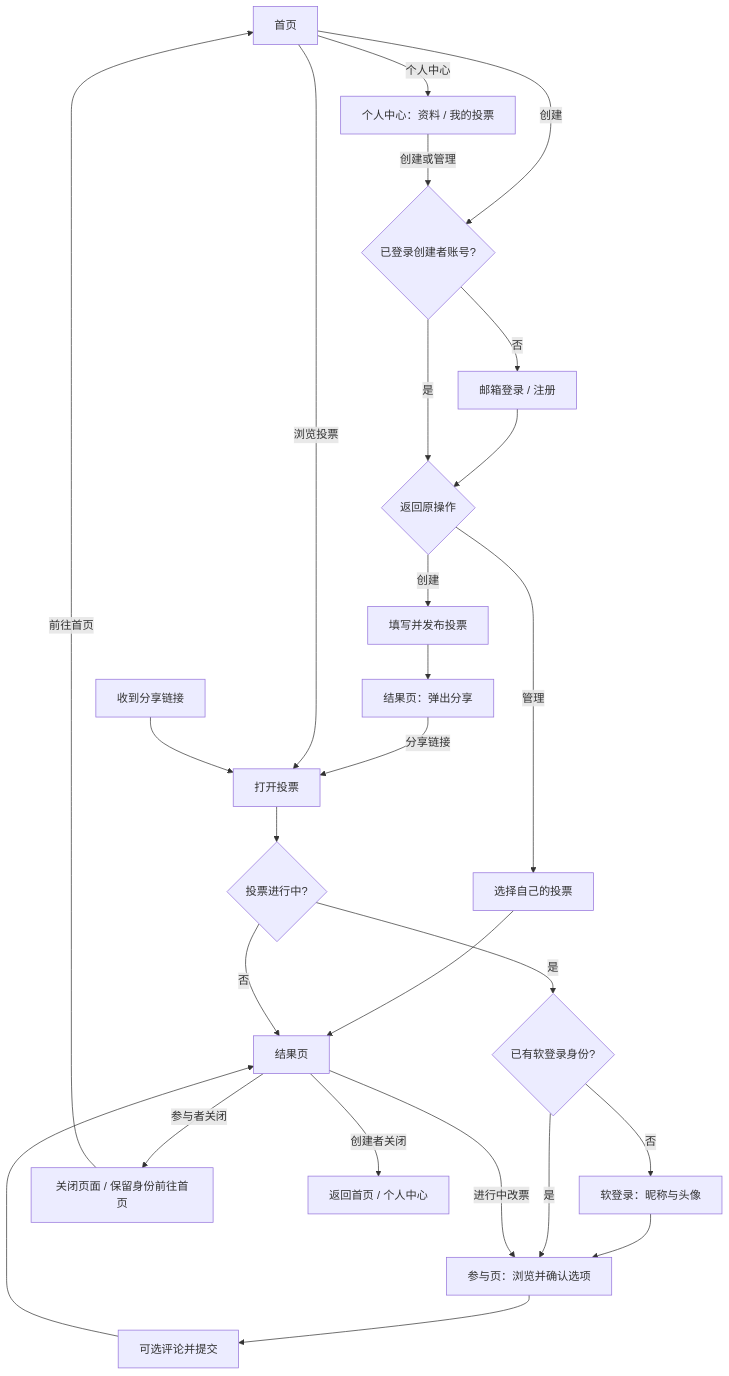
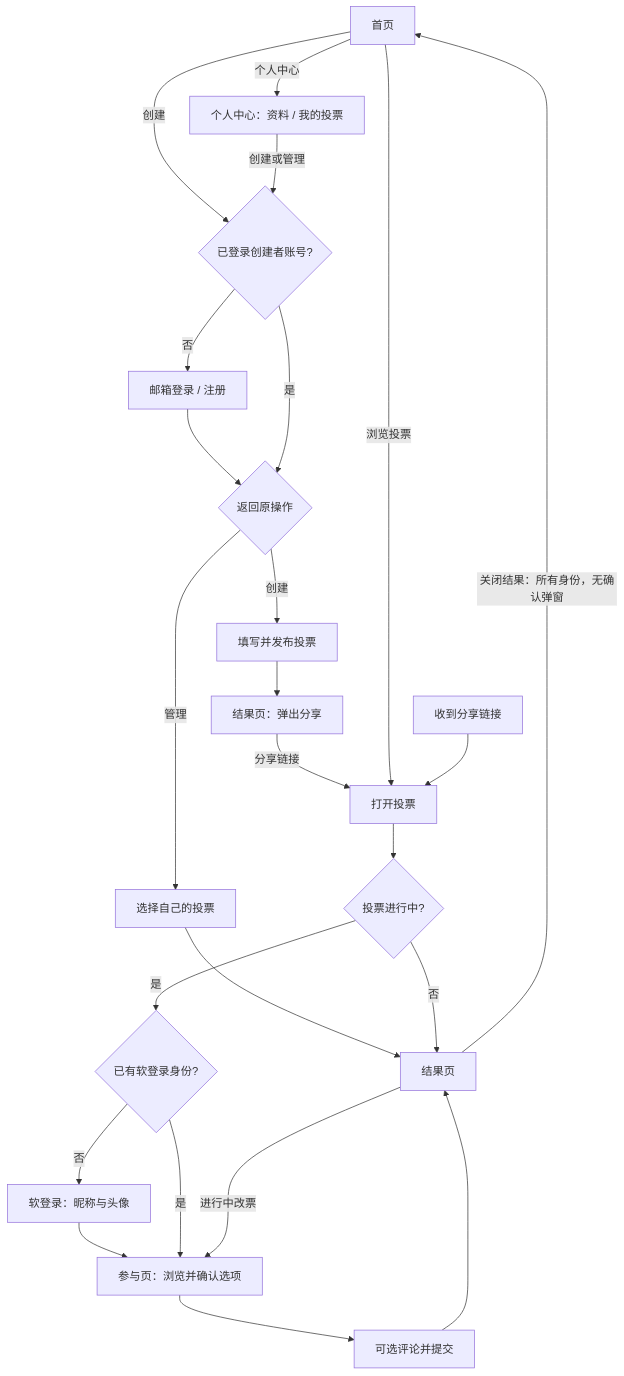
Before and after one commit to sd5913/The-Aliien-Repo: the first of 2 diagrams in docs/UserFlow.md, drawn with Mermaid. The commit also changed other lines of this file and 4 other files, not shown here.

````diff
--- a/docs/UserFlow.md
+++ b/docs/UserFlow.md
@@ -9,28 +9,26 @@
 ```mermaid
 flowchart TD
     H[首页] -->|创建| A{已登录创建者账号?}
     H -->|个人中心| P[个人中心：资料 / 我的投票]
     P -->|创建或管理| A
     A -->|否| L[邮箱登录 / 注册]
     L --> T{返回原操作}
     A -->|是| T
     T -->|创建| C[填写并发布投票]
     T -->|管理| M[选择自己的投票]
     C --> S[结果页：弹出分享]
     S -->|分享链接| E[打开投票]
     M --> R[结果页]
     H -->|浏览投票| E
     LINK[收到分享链接] --> E
     E --> O{投票进行中?}
     O -->|否| R
     O -->|是| I{已有软登录身份?}
     I -->|否| J[软登录：昵称与头像]
     J --> V[参与页：浏览并确认选项]
     I -->|是| V
     V --> B[可选评论并提交]
     B --> R
     R -->|进行中改票| V
-    R -->|参与者关闭| X[关闭页面 / 保留身份前往首页]
-    X -->|前往首页| H
-    R -->|创建者关闭| BACK[返回首页 / 个人中心]
+    R -->|关闭结果：所有身份，无确认弹窗| H
 ```
````
